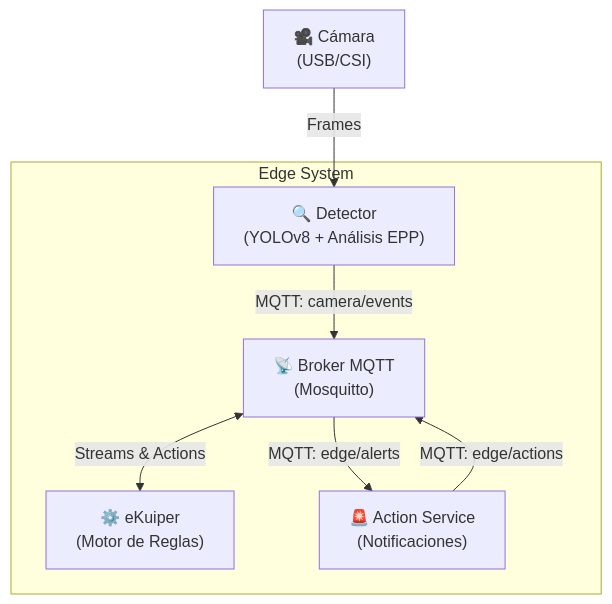
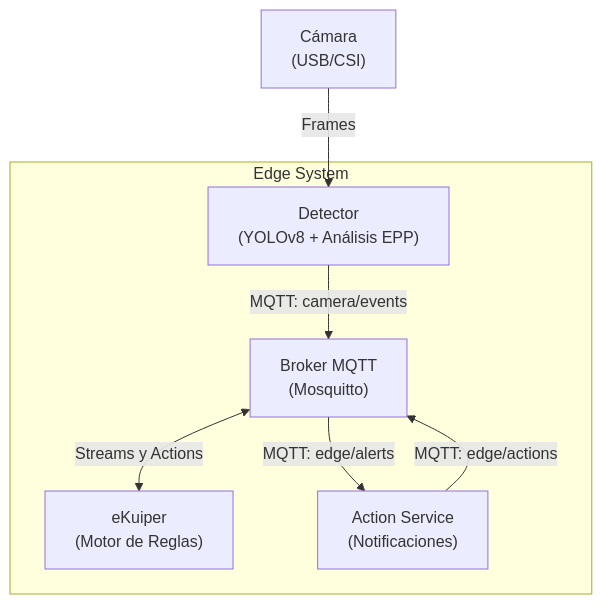
The diagram in docs/architecture.md (jorghee/edge-vision-system), drawn with Mermaid before and after one commit. The commit also changed 2 other files, not shown here.

Commit message:
docs: streamline README and automate eKuiper configuration
- Refactored README.md to prioritize tables and compact Markdown resources over extensive lists.
- Reoriented documentation to focus primarily on native Raspberry Pi deployment, shifting local testing to a secondary section.
- Eliminated generic introductions in favor of direct, technical descriptions of the project and its value proposition.
- Added setup_ekuiper.sh script to automate eKuiper streams and rules provisioning, replacing manual curl commands.

````diff
--- a/docs/architecture.md
+++ b/docs/architecture.md
@@ -7,11 +7,11 @@
 ```mermaid
 graph TD
-    CAM["🎥 Cámara<br/>(USB/CSI)"] -->|Frames| DET["🔍 Detector<br/>(YOLOv8 + Análisis EPP)"]
+    CAM["Cámara<br/>(USB/CSI)"] -->|Frames| DET["Detector<br/>(YOLOv8 + Análisis EPP)"]
     
     subgraph Edge System
-        DET -->|MQTT: camera/events| MQTT["📡 Broker MQTT<br/>(Mosquitto)"]
-        MQTT <-->|Streams & Actions| EK["⚙️ eKuiper<br/>(Motor de Reglas)"]
-        MQTT -->|MQTT: edge/alerts| ACT["🚨 Action Service<br/>(Notificaciones)"]
+        DET -->|MQTT: camera/events| MQTT["Broker MQTT<br/>(Mosquitto)"]
+        MQTT <-->|Streams y Actions| EK["eKuiper<br/>(Motor de Reglas)"]
+        MQTT -->|MQTT: edge/alerts| ACT["Action Service<br/>(Notificaciones)"]
         ACT -->|MQTT: edge/actions| MQTT
     end
 ```
````
